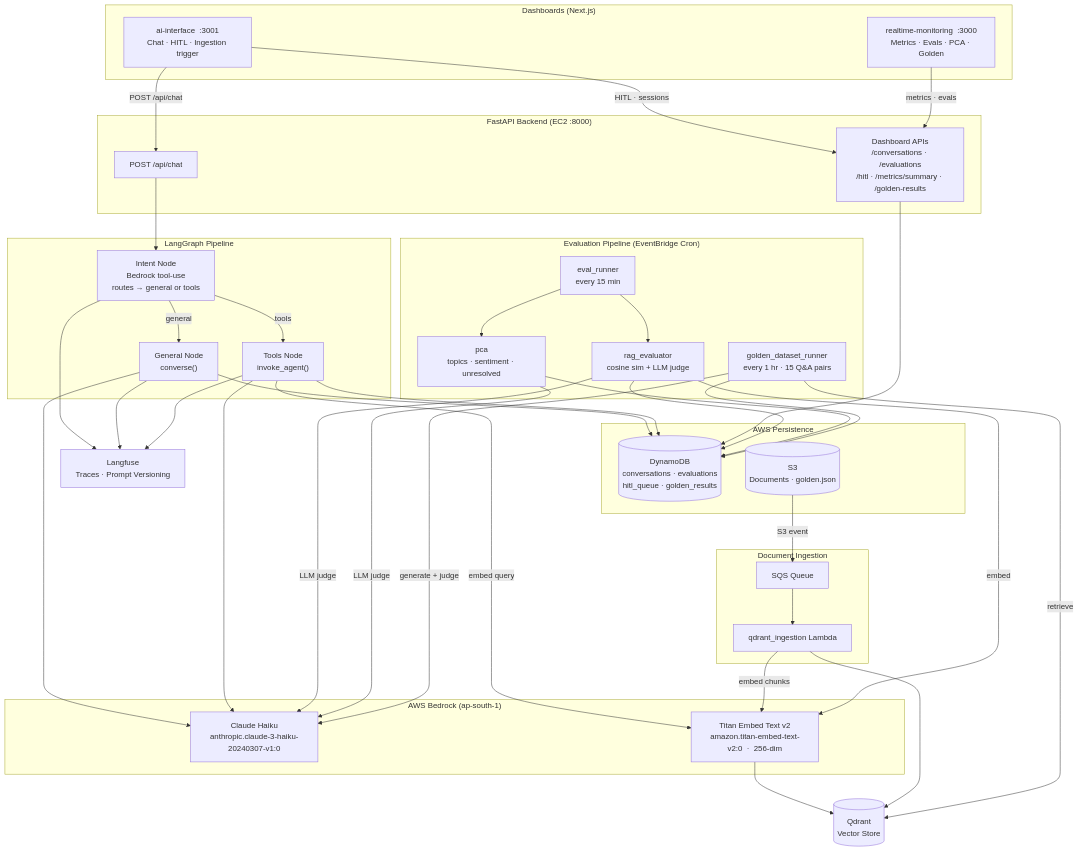
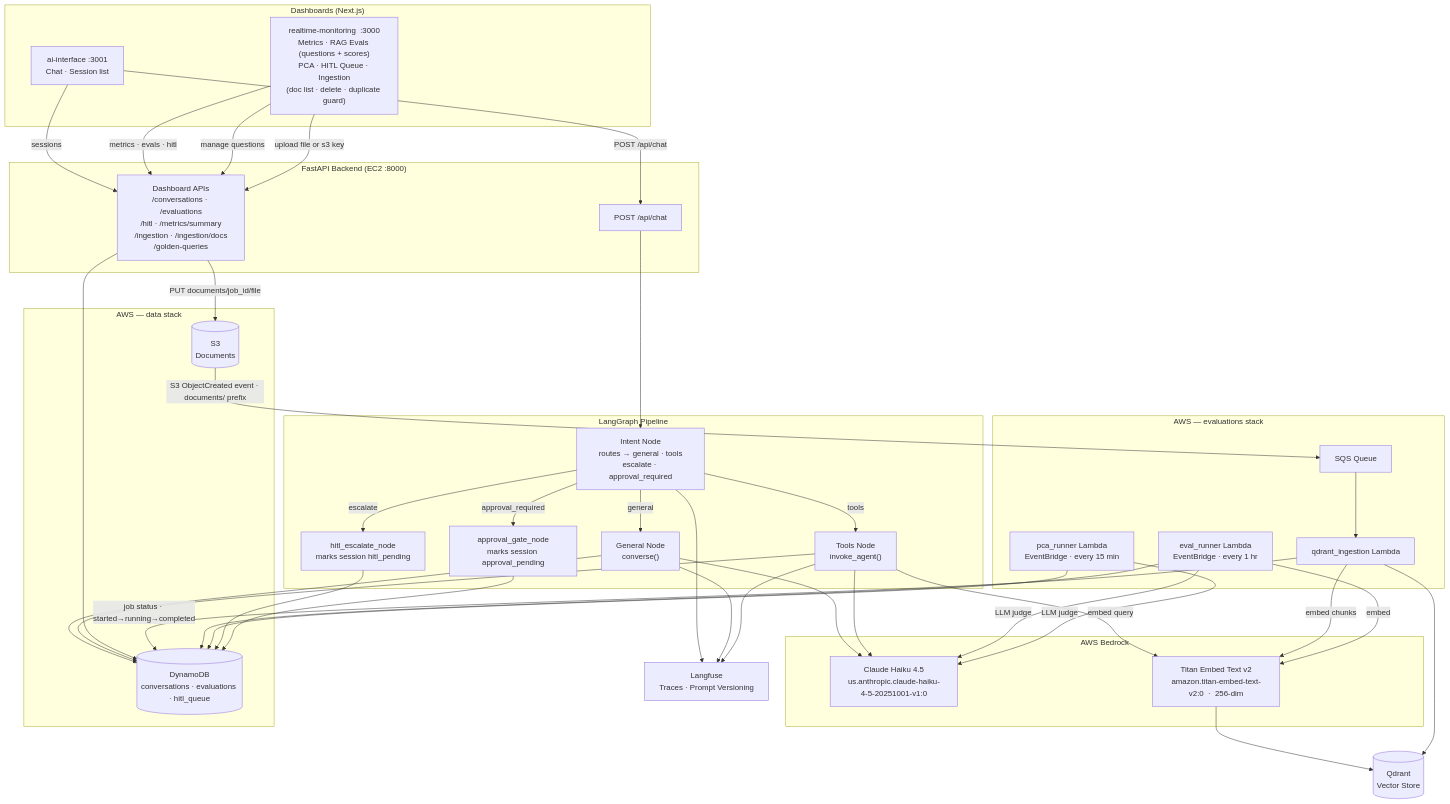
One commit to gokulnathan66/chat-ops changed the diagram in README.md. Above: the diagram before and after it, drawn with Mermaid. The commit also changed other lines of this file and 10 other files, not shown here.

````diff
--- a/README.md
+++ b/README.md
@@ -14,81 +16,82 @@
 ```mermaid
 flowchart TD
     subgraph Dashboards["Dashboards  (Next.js)"]
-        AI["ai-interface  :3001\nChat · HITL · Ingestion trigger"]
-        MON["realtime-monitoring  :3000\nMetrics · Evals · PCA · Golden"]
+        AI["ai-interface  :3001\nChat · Session list"]
+        MON["realtime-monitoring  :3000\nMetrics · RAG Evals (questions + scores)\nPCA · HITL Queue · Ingestion\n(doc list · delete · duplicate guard)"]
     end
 
     subgraph API["FastAPI Backend  (EC2 :8000)"]
         CHAT_EP["POST /api/chat"]
-        DASH_EP["Dashboard APIs\n/conversations · /evaluations\n/hitl · /metrics/summary · /golden-results"]
+        DASH_EP["Dashboard APIs\n/conversations · /evaluations\n/hitl · /metrics/summary\n/ingestion · /ingestion/docs\n/golden-queries"]
     end
 
     subgraph Graph["LangGraph Pipeline"]
-        INTENT["Intent Node\nBedrock tool-use\nroutes → general or tools"]
+        INTENT["Intent Node\nroutes → general · tools\nescalate · approval_required"]
         GEN["General Node\nconverse()"]
         TOOLS["Tools Node\ninvoke_agent()"]
+        ESC["hitl_escalate_node\nmarks session hitl_pending"]
+        APR["approval_gate_node\nmarks session approval_pending"]
         INTENT -->|general| GEN
         INTENT -->|tools| TOOLS
+        INTENT -->|escalate| ESC
+        INTENT -->|approval_required| APR
     end
 
-    subgraph Bedrock["AWS Bedrock  (ap-south-1)"]
-        LLM["Claude Haiku\nanthropic.claude-3-haiku-20240307-v1:0"]
+    subgraph Bedrock["AWS Bedrock"]
+        LLM["Claude Haiku 4.5\nus.anthropic.claude-haiku-4-5-20251001-v1:0"]
         EMB["Titan Embed Text v2\namazon.titan-embed-text-v2:0  ·  256-dim"]
     end
 
     QDRANT[("Qdrant\nVector Store")]
 
-    subgraph Persistence["AWS Persistence"]
-        DDB[("DynamoDB\nconversations · evaluations\nhitl_queue · golden_results")]
-        S3[("S3\nDocuments · golden.json")]
+    subgraph DataStack["AWS  —  data stack"]
+        DDB[("DynamoDB\nconversations · evaluations · hitl_queue")]
+        S3[("S3\nDocuments")]
     end
 
-    subgraph Ingestion["Document Ingestion"]
+    subgraph EvalStack["AWS  —  evaluations stack"]
         SQS["SQS Queue"]
         INGEST["qdrant_ingestion Lambda"]
-    end
-
-    subgraph EvalPipeline["Evaluation Pipeline  (EventBridge Cron)"]
-        EVAL["eval_runner\nevery 15 min"]
-        RAG_E["rag_evaluator\ncosine sim + LLM judge"]
-        PCA_E["pca\ntopics · sentiment · unresolved"]
-        GOLDEN["golden_dataset_runner\nevery 1 hr · 15 Q&A pairs"]
-        EVAL --> RAG_E
-        EVAL --> PCA_E
+        EVAL["eval_runner Lambda\nEventBridge · every 1 hr"]
+        PCA_E["pca_runner Lambda\nEventBridge · every 15 min"]
     end
 
     LANGFUSE["Langfuse\nTraces · Prompt Versioning"]
 
     AI -->|POST /api/chat| CHAT_EP
-    AI -->|HITL · sessions| DASH_EP
-    MON -->|metrics · evals| DASH_EP
+    AI -->|sessions| DASH_EP
+    MON -->|metrics · evals · hitl| DASH_EP
+    MON -->|manage questions| DASH_EP
 
     CHAT_EP --> INTENT
 
     GEN --> LLM
     TOOLS --> LLM
     TOOLS -->|embed query| EMB
     EMB --> QDRANT
 
     GEN --> DDB
     TOOLS --> DDB
     DASH_EP --> DDB
 
     INTENT --> LANGFUSE
     GEN --> LANGFUSE
     TOOLS --> LANGFUSE
 
-    S3 -->|S3 event| SQS
+    MON -->|upload file or s3 key| DASH_EP
+    DASH_EP -->|PUT documents/job_id/file| S3
+    S3 -->|S3 ObjectCreated event · documents/ prefix| SQS
     SQS --> INGEST
     INGEST -->|embed chunks| EMB
     INGEST --> QDRANT
+    INGEST -->|job status · started→running→completed| DDB
 
-    RAG_E -->|embed| EMB
-    RAG_E -->|LLM judge| LLM
-    RAG_E --> DDB
+    EVAL -->|embed| EMB
+    EVAL -->|LLM judge| LLM
+    EVAL --> DDB
     PCA_E -->|LLM judge| LLM
     PCA_E --> DDB
-    GOLDEN -->|retrieve| QDRANT
-    GOLDEN -->|generate + judge| LLM
-    GOLDEN --> DDB
+
+    ESC --> DDB
+    APR --> DDB
 ```
````
